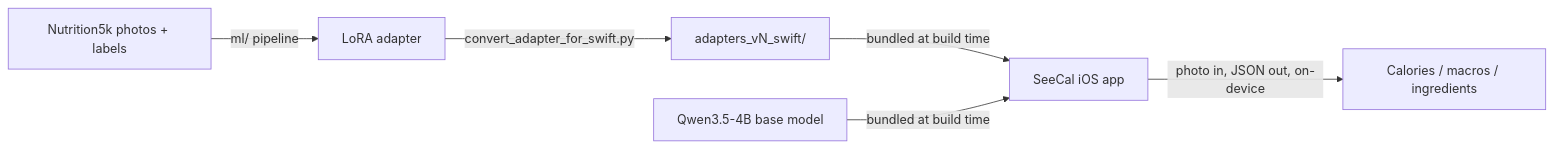
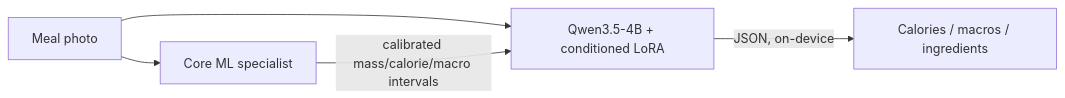
Before and after one commit to ekabanov/SeeCal: the diagram in README.md, drawn with Mermaid. The commit also changed other lines of this file and 81 other files, not shown here.

Commit message:
Ship conditioned 4B visual specialist

````diff
--- a/README.md
+++ b/README.md
@@ -12,8 +12,7 @@
 ```mermaid
 flowchart LR
-    A[Nutrition5k photos + labels] -->|ml/ pipeline| B[LoRA adapter]
-    B -->|convert_adapter_for_swift.py| C[adapters_vN_swift/]
-    C -->|bundled at build time| D[SeeCal iOS app]
-    E[Qwen3.5-4B base model] -->|bundled at build time| D
-    D -->|photo in, JSON out, on-device| F[Calories / macros / ingredients]
+    A[Meal photo] --> B[Core ML specialist]
+    A --> D[Qwen3.5-4B + conditioned LoRA]
+    B -->|calibrated mass/calorie/macro intervals| D
+    D -->|JSON, on-device| F[Calories / macros / ingredients]
 ```
````
